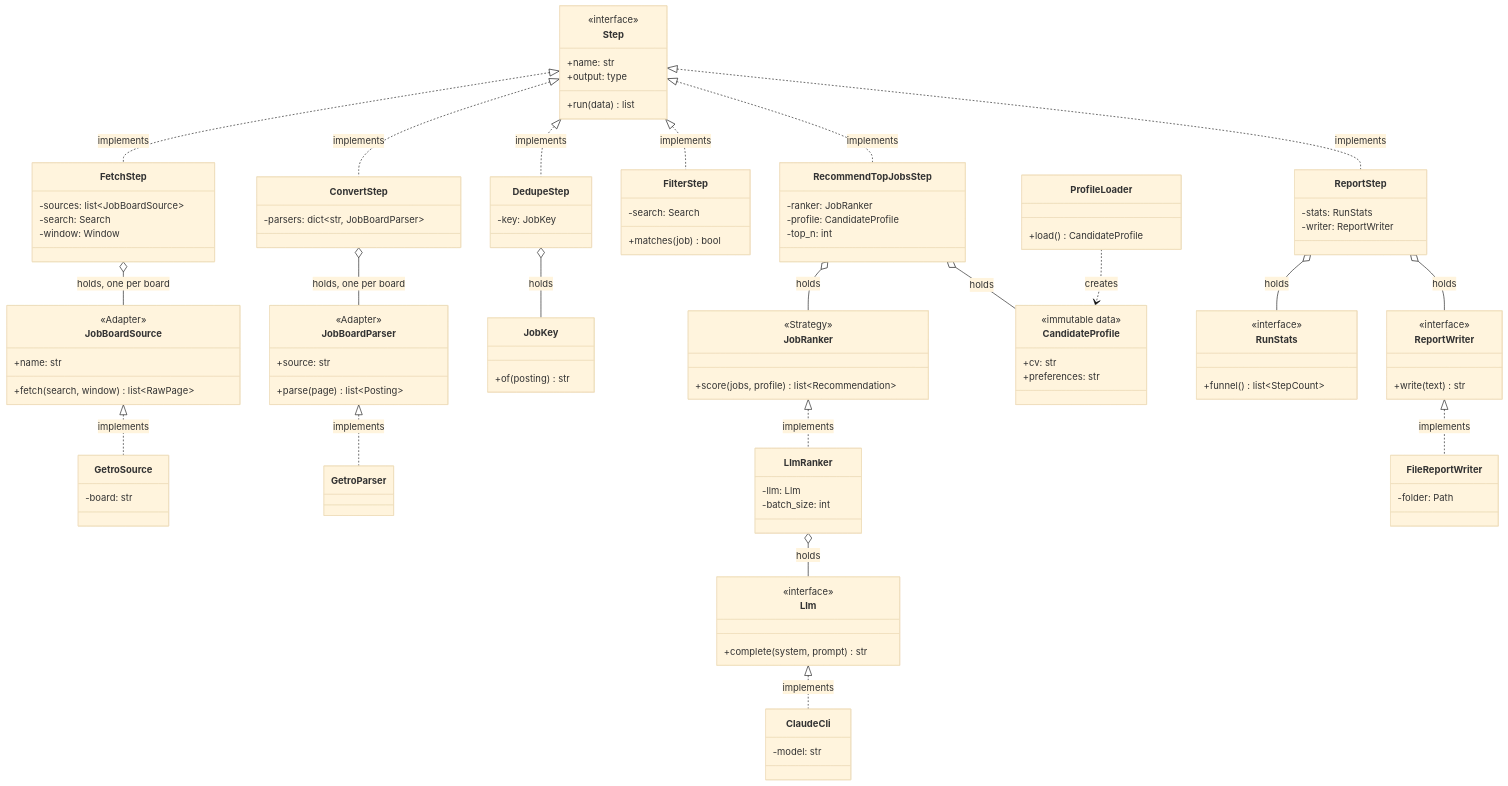
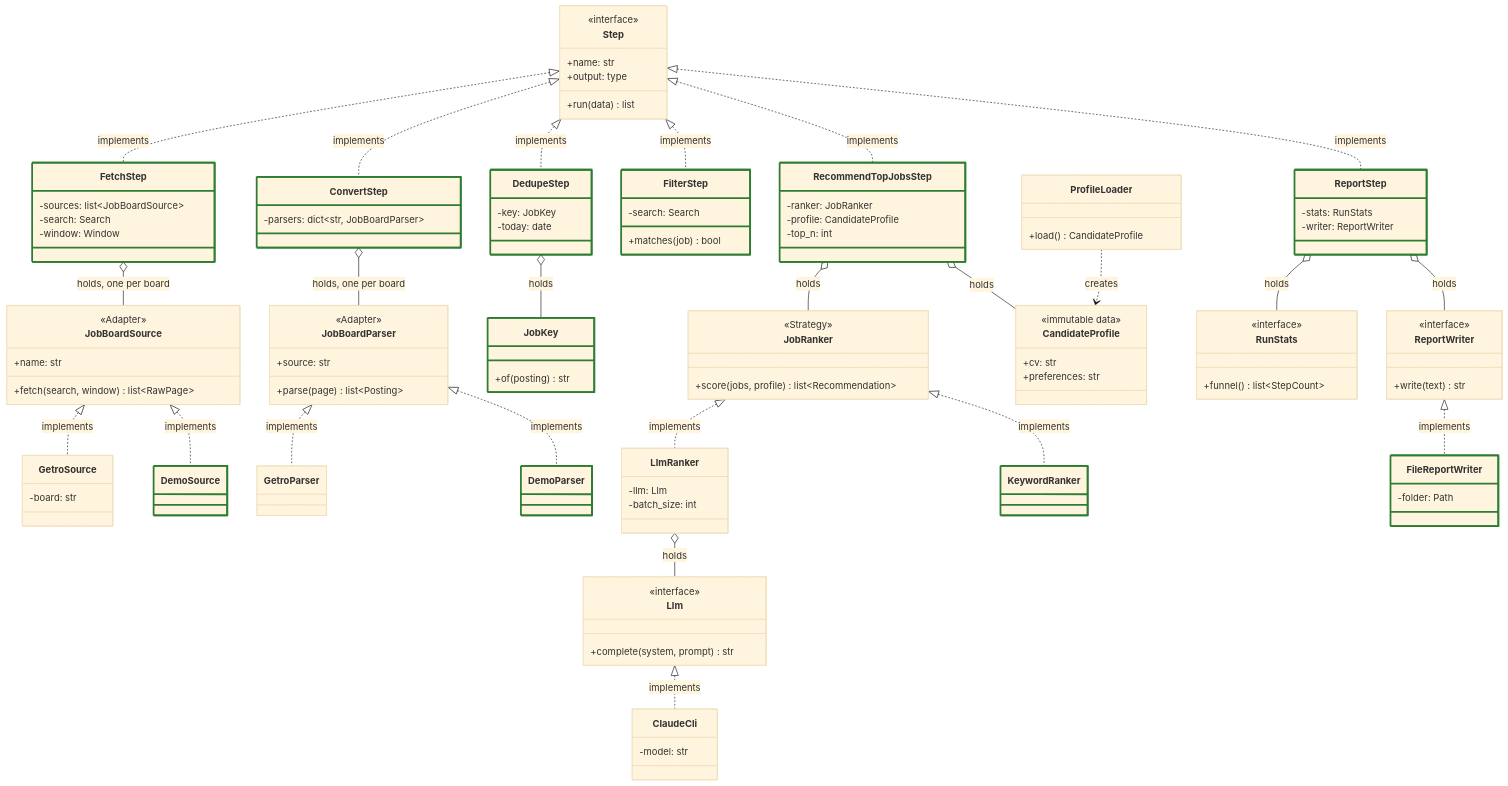
One commit to adailida/job-radar changed the second of 4 diagrams in docs/architecture.md. Above: the diagram before and after it, drawn with Mermaid (base theme). The commit also changed other lines of this file and 28 other files, not shown here.

````diff
--- a/docs/architecture.md
+++ b/docs/architecture.md
@@ -118,6 +127,7 @@
     class GetroSource {
         -board: str
     }
+    class DemoSource
     class ConvertStep {
         -parsers: dict~str, JobBoardParser~
     }
@@ -127,8 +137,10 @@
         +parse(page) list~Posting~
     }
     class GetroParser
+    class DemoParser
     class DedupeStep {
         -key: JobKey
+        -today: date
     }
     class JobKey {
         +of(posting) str
@@ -150,6 +162,7 @@
         -llm: Llm
         -batch_size: int
     }
+    class KeywordRanker
     class Llm {
         <<interface>>
         +complete(system, prompt) str
@@ -189,11 +202,14 @@
     Step <|.. ReportStep : implements
     FetchStep o-- JobBoardSource : holds, one per board
     JobBoardSource <|.. GetroSource : implements
+    JobBoardSource <|.. DemoSource : implements
     ConvertStep o-- JobBoardParser : holds, one per board
     JobBoardParser <|.. GetroParser : implements
+    JobBoardParser <|.. DemoParser : implements
     DedupeStep o-- JobKey : holds
     RecommendTopJobsStep o-- JobRanker : holds
     JobRanker <|.. LlmRanker : implements
+    JobRanker <|.. KeywordRanker : implements
     LlmRanker o-- Llm : holds
     Llm <|.. ClaudeCli : implements
     RecommendTopJobsStep o-- CandidateProfile : holds
@@ -201,4 +217,16 @@
     ReportStep o-- RunStats : holds
     ReportStep o-- ReportWriter : holds
     ReportWriter <|.. FileReportWriter : implements
+
+    style FetchStep stroke:#2e7d32,stroke-width:3px
+    style ConvertStep stroke:#2e7d32,stroke-width:3px
+    style DedupeStep stroke:#2e7d32,stroke-width:3px
+    style JobKey stroke:#2e7d32,stroke-width:3px
+    style FilterStep stroke:#2e7d32,stroke-width:3px
+    style RecommendTopJobsStep stroke:#2e7d32,stroke-width:3px
+    style ReportStep stroke:#2e7d32,stroke-width:3px
+    style FileReportWriter stroke:#2e7d32,stroke-width:3px
+    style DemoSource stroke:#2e7d32,stroke-width:3px
+    style DemoParser stroke:#2e7d32,stroke-width:3px
+    style KeywordRanker stroke:#2e7d32,stroke-width:3px
 ```
````
